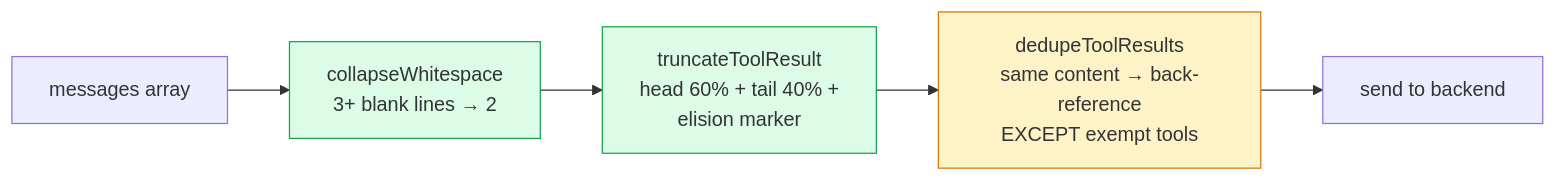
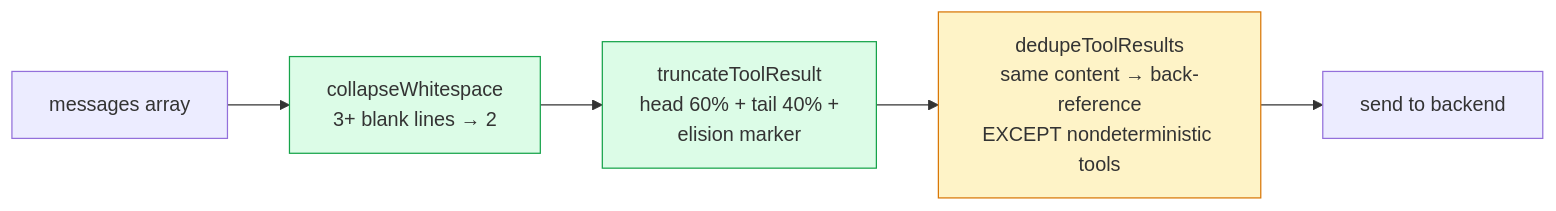
One commit to nedonatelli/sidecar changed the second of 3 diagrams in docs/agent-loop-diagram.md. Above: the diagram before and after it, drawn with Mermaid. The commit also changed other lines of this file and 39 other files, not shown here.

````diff
--- a/docs/agent-loop-diagram.md
+++ b/docs/agent-loop-diagram.md
@@ -190,12 +170,12 @@
 ```mermaid
 flowchart LR
     Msgs[messages array] --> W[collapseWhitespace<br/>3+ blank lines → 2]
     W --> T[truncateToolResult<br/>head 60% + tail 40% +<br/>elision marker]
-    T --> D[dedupeToolResults<br/>same content → back-reference<br/>EXCEPT exempt tools]
+    T --> D[dedupeToolResults<br/>same content → back-reference<br/>EXCEPT nondeterministic tools]
     D --> Send[send to backend]
 
     classDef safeStyle fill:#dcfce7,stroke:#16a34a
     classDef cautionStyle fill:#fef3c7,stroke:#d97706
     class W,T safeStyle
     class D cautionStyle
 ```
````
